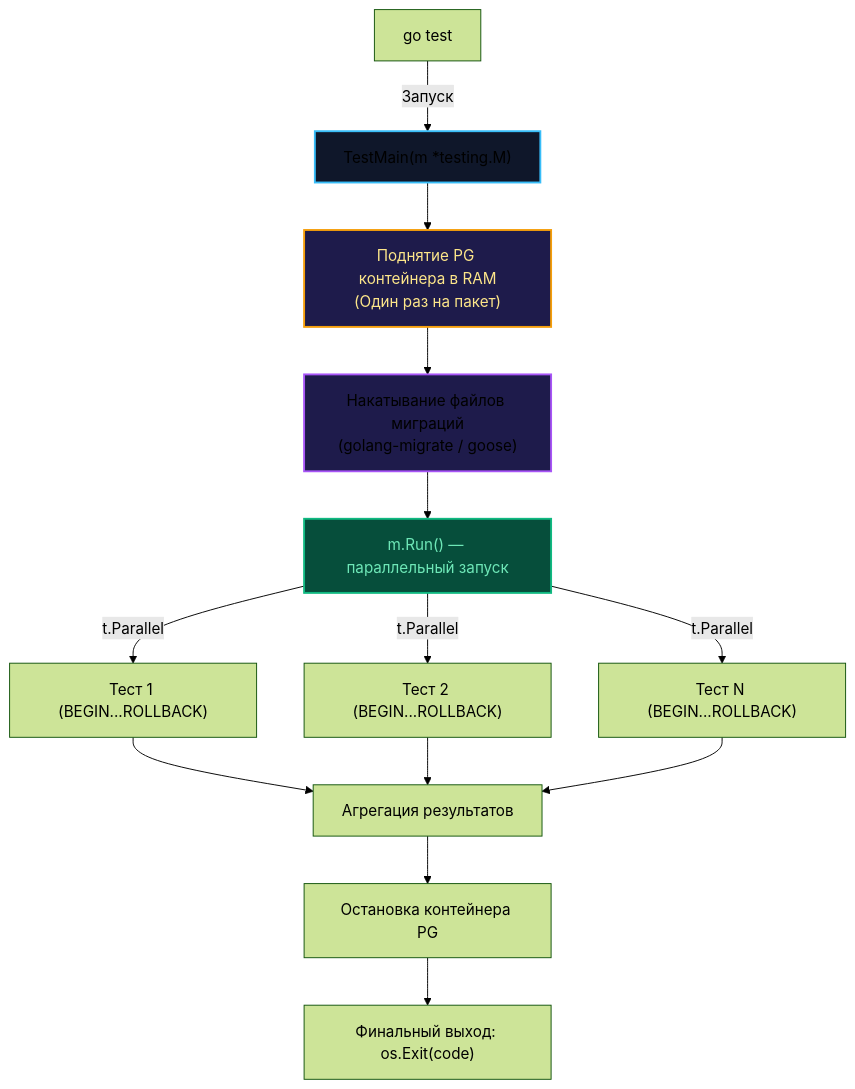
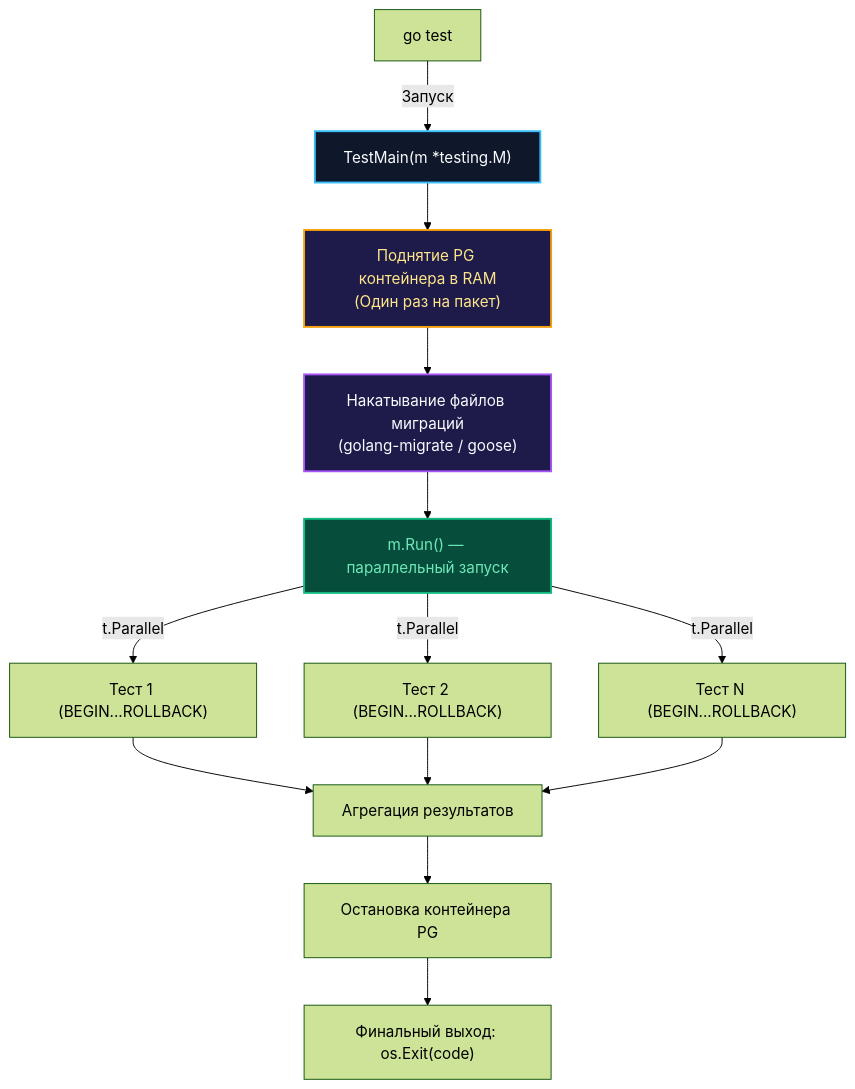
The diagram in sources/15. Тестирование в Go (QA & Testing)/05. Интеграционные тесты/5. Поднятие PostgreSQL в тестах.md (UnrealTemplier/go-textbook), drawn with Mermaid (forest theme) before and after one commit. The commit also changed 310 other files, not shown here.

First line of the commit message:
fix(mermaid): replace light fill colors with dark palette for readability on dark theme

````diff
--- a/sources/15. Тестирование в Go (QA & Testing)/05. Интеграционные тесты/5. Поднятие PostgreSQL в тестах.md
+++ b/sources/15. Тестирование в Go (QA & Testing)/05. Интеграционные тесты/5. Поднятие PostgreSQL в тестах.md
@@ -100,23 +100,23 @@
 ```mermaid
 flowchart TD
     A["go test"] -->|Запуск| B["TestMain(m *testing.M)"]
     B --> C["Поднятие PG контейнера в RAM<br/>(Один раз на пакет)"]
     C --> D["Накатывание файлов миграций<br/>(golang-migrate / goose)"]
     D --> E["m.Run() — параллельный запуск"]
     
     E -->|t.Parallel| F["Тест 1 (BEGIN...ROLLBACK)"]
     E -->|t.Parallel| G["Тест 2 (BEGIN...ROLLBACK)"]
     E -->|t.Parallel| H["Тест N (BEGIN...ROLLBACK)"]
     
     F --> I["Агрегация результатов"]
     G --> I
     H --> I
     
     I --> J["Остановка контейнера PG"]
     J --> K["Финальный выход: os.Exit(code)"]
     
-    style B fill:#0f172a,stroke:#38bdf8,stroke-width:2px
+    style B fill:#0f172a,stroke:#38bdf8,stroke-width:2px,color:#f8fafc
     style C fill:#1e1b4b,stroke:#f59e0b,stroke-width:2px,color:#fde68a
-    style D fill:#1e1b4b,stroke:#a855f7,stroke-width:2px
+    style D fill:#1e1b4b,stroke:#a855f7,stroke-width:2px,color:#f8fafc
     style E fill:#064e3b,stroke:#10b981,stroke-width:2px,color:#6ee7b7
 ```
````
